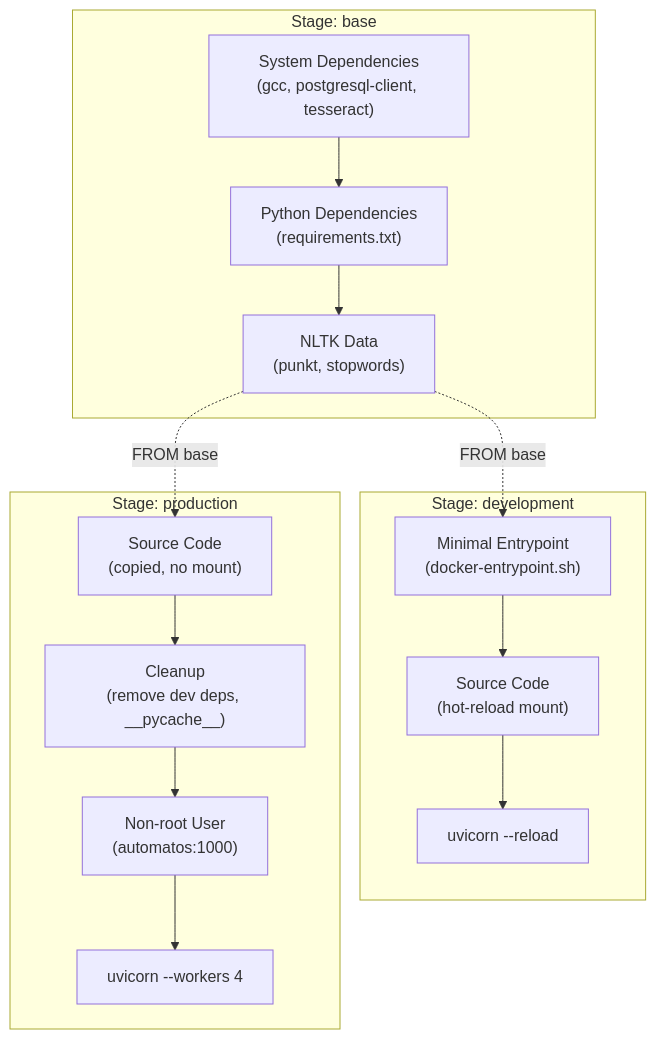
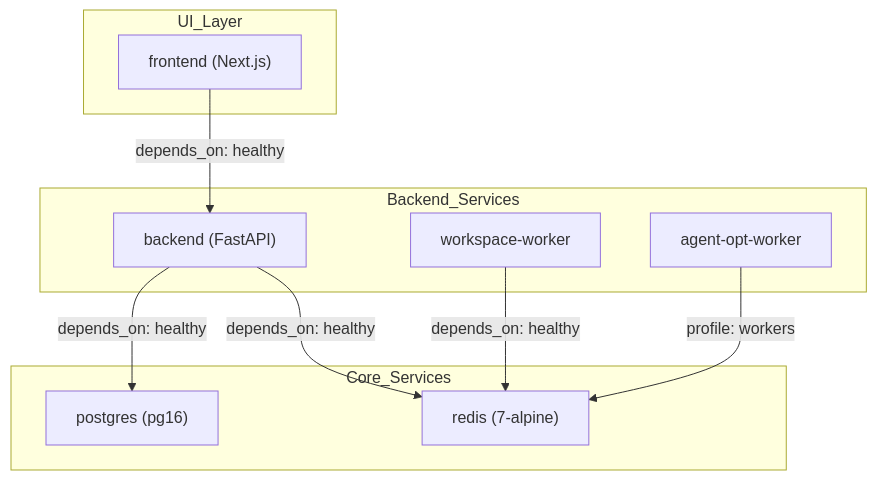
The third of 3 diagrams in docs/deployment-infrastructure/docker-containerization.md (AutomatosAI/automatos-ai), drawn with Mermaid before and after one commit. The commit also changed other lines of this file and 149 other files, not shown here.

Commit message:
docs: refresh documentation with graphify semantic scan

````diff
--- a/docs/deployment-infrastructure/docker-containerization.md
+++ b/docs/deployment-infrastructure/docker-containerization.md
@@ -165,34 +163,24 @@
 ```mermaid
-graph TB
-    subgraph "Stage: base"
-        base_deps["System Dependencies<br/>(gcc, postgresql-client, tesseract)"]
-        base_python["Python Dependencies<br/>(requirements.txt)"]
-        base_nltk["NLTK Data<br/>(punkt, stopwords)"]
-        
-        base_deps --> base_python
-        base_python --> base_nltk
+graph TD
+    subgraph "Core_Services"
+        PG["postgres (pg16)"]
+        RD["redis (7-alpine)"]
     end
+
+    subgraph "Backend_Services"
+        BACK["backend (FastAPI)"]
+        WSW["workspace-worker"]
+        AOW["agent-opt-worker"]
+    end
+
+    subgraph "UI_Layer"
+        FRONT["frontend (Next.js)"]
+    end
+
+    BACK -- "depends_on: healthy" --> PG
+    BACK -- "depends_on: healthy" --> RD
+    WSW -- "depends_on: healthy" --> RD
+    FRONT -- "depends_on: healthy" --> BACK
     
-    subgraph "Stage: development"
-        dev_entrypoint["Minimal Entrypoint<br/>(docker-entrypoint.sh)"]
-        dev_code["Source Code<br/>(hot-reload mount)"]
-        dev_cmd["uvicorn --reload"]
-        
-        dev_entrypoint --> dev_code
-        dev_code --> dev_cmd
-    end
-    
-    subgraph "Stage: production"
-        prod_code["Source Code<br/>(copied, no mount)"]
-        prod_cleanup["Cleanup<br/>(remove dev deps, __pycache__)"]
-        prod_user["Non-root User<br/>(automatos:1000)"]
-        prod_cmd["uvicorn --workers 4"]
-        
-        prod_code --> prod_cleanup
-        prod_cleanup --> prod_user
-        prod_user --> prod_cmd
-    end
-    
-    base_nltk -.->|"FROM base"| dev_entrypoint
-    base_nltk -.->|"FROM base"| prod_code
+    AOW -- "profile: workers" --> RD
 ```
````
